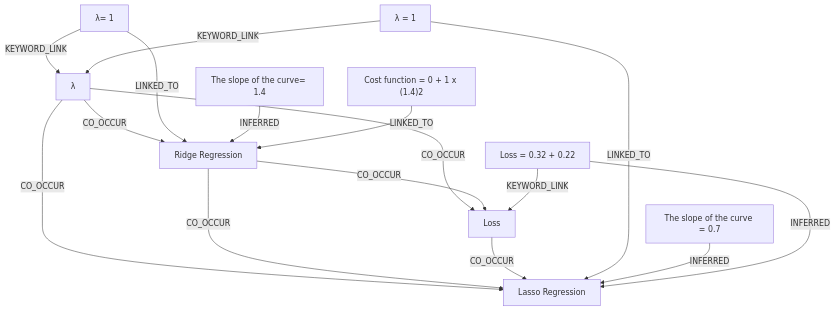
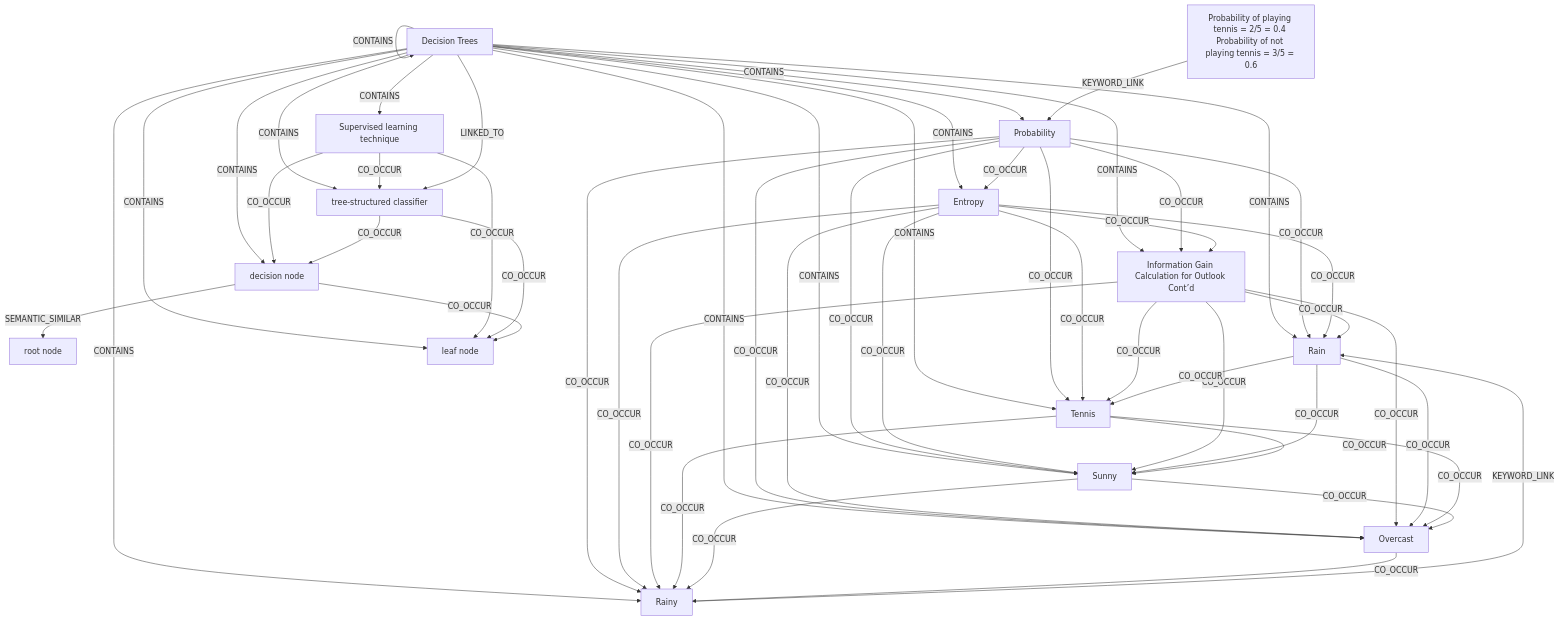
The diagram in AI_OS/Ontology/Ontology_Regression_Analysis.md (ankit-sengupta05/cyborg), drawn with Mermaid before and after one commit. The commit also changed other lines of this file and 23 other files, not shown here.

````diff
--- a/AI_OS/Ontology/Ontology_Regression_Analysis.md
+++ b/AI_OS/Ontology/Ontology_Regression_Analysis.md
@@ -26,28 +26,68 @@
 ```mermaid
 graph TD
-    n0["λ= 1"]
-    n1["Cost function = 0 + 1 x (1.4)2"]
-    n2["Loss = 0.32 + 0.22"]
-    n3["λ"]
-    n4["λ = 1"]
-    n5["Loss"]
-    n6["Ridge Regression"]
-    n7["The slope of the curve = 0.7"]
-    n8["The slope of the curve= 1.4"]
-    n9["Lasso Regression"]
+    n0["root node"]
+    n1["tree-structured classifier"]
+    n2["Probability"]
+    n3["Information Gain Calculation for Outlook Cont’d"]
+    n4["Rain"]
+    n5["decision node"]
+    n6["Overcast"]
+    n7["Probability of playing tennis = 2/5 = 0.4 Probability of not playing tennis = 3/5 = 0.6"]
+    n8["Entropy"]
+    n9["Sunny"]
+    n10["Supervised learning technique"]
+    n11["Decision Trees"]
+    n12["leaf node"]
+    n13["Tennis"]
+    n14["Rainy"]
+    n11 -->|CONTAINS| n11
+    n11 -->|CONTAINS| n10
+    n11 -->|CONTAINS| n1
+    n11 -->|CONTAINS| n5
+    n11 -->|CONTAINS| n12
+    n10 -->|CO_OCCUR| n1
+    n10 -->|CO_OCCUR| n5
+    n10 -->|CO_OCCUR| n12
+    n1 -->|CO_OCCUR| n5
+    n1 -->|CO_OCCUR| n12
+    n5 -->|CO_OCCUR| n12
+    n11 -->|LINKED_TO| n1
+    n5 -->|SEMANTIC_SIMILAR| n0
+    n11 -->|CONTAINS| n2
+    n11 -->|CONTAINS| n8
+    n11 -->|CONTAINS| n3
+    n11 -->|CONTAINS| n4
+    n11 -->|CONTAINS| n13
+    n11 -->|CONTAINS| n9
+    n11 -->|CONTAINS| n6
+    n14 -->|KEYWORD_LINK| n4
+    n11 -->|CONTAINS| n14
+    n2 -->|CO_OCCUR| n8
+    n2 -->|CO_OCCUR| n3
+    n2 -->|CO_OCCUR| n4
+    n2 -->|CO_OCCUR| n13
+    n2 -->|CO_OCCUR| n9
+    n2 -->|CO_OCCUR| n6
+    n2 -->|CO_OCCUR| n14
+    n8 -->|CO_OCCUR| n3
+    n8 -->|CO_OCCUR| n4
+    n8 -->|CO_OCCUR| n13
+    n8 -->|CO_OCCUR| n9
+    n8 -->|CO_OCCUR| n6
+    n8 -->|CO_OCCUR| n14
+    n3 -->|CO_OCCUR| n4
+    n3 -->|CO_OCCUR| n13
+    n3 -->|CO_OCCUR| n9
     n3 -->|CO_OCCUR| n6
-    n3 -->|CO_OCCUR| n5
-    n3 -->|CO_OCCUR| n9
-    n6 -->|CO_OCCUR| n5
-    n6 -->|CO_OCCUR| n9
-    n5 -->|CO_OCCUR| n9
-    n0 -->|KEYWORD_LINK| n3
-    n0 -->|LINKED_TO| n6
-    n4 -->|KEYWORD_LINK| n3
-    n4 -->|LINKED_TO| n9
-    n8 -->|INFERRED| n6
-    n7 -->|INFERRED| n9
-    n1 -->|LINKED_TO| n6
-    n2 -->|KEYWORD_LINK| n5
-    n2 -->|INFERRED| n9
+    n3 -->|CO_OCCUR| n14
+    n4 -->|CO_OCCUR| n13
+    n4 -->|CO_OCCUR| n9
+    n4 -->|CO_OCCUR| n6
+    n13 -->|CO_OCCUR| n9
+    n13 -->|CO_OCCUR| n6
+    n13 -->|CO_OCCUR| n14
+    n9 -->|CO_OCCUR| n6
+    n9 -->|CO_OCCUR| n14
+    n6 -->|CO_OCCUR| n14
+    n7 -->|KEYWORD_LINK| n2
 ```
````
